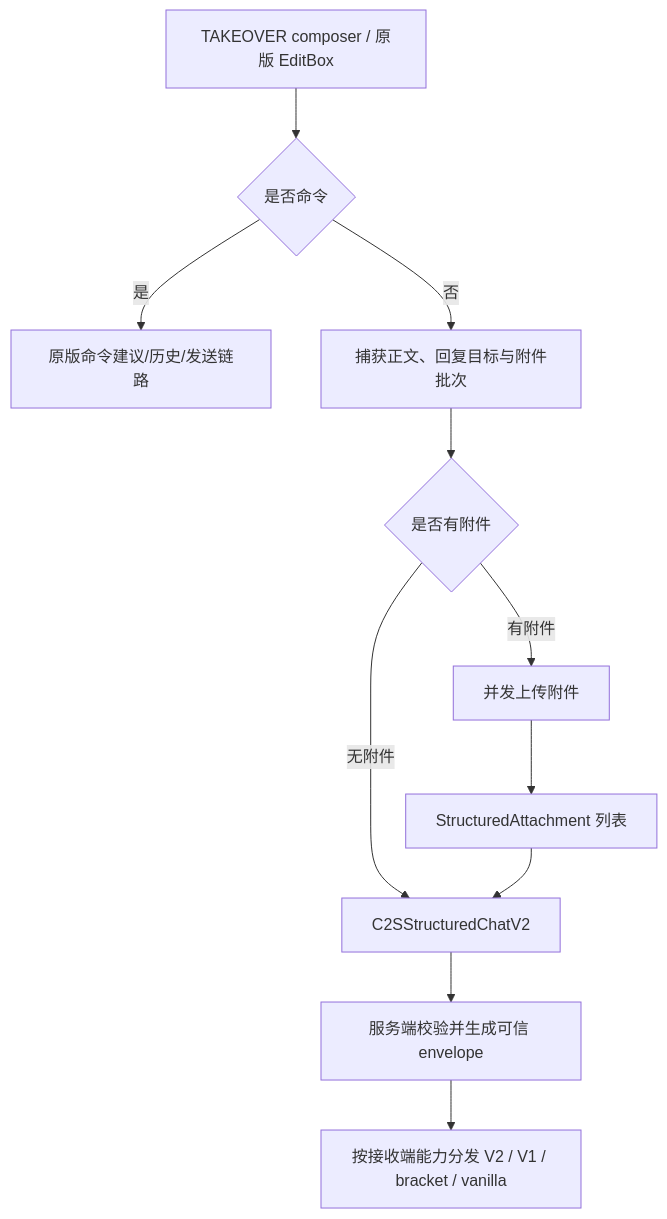
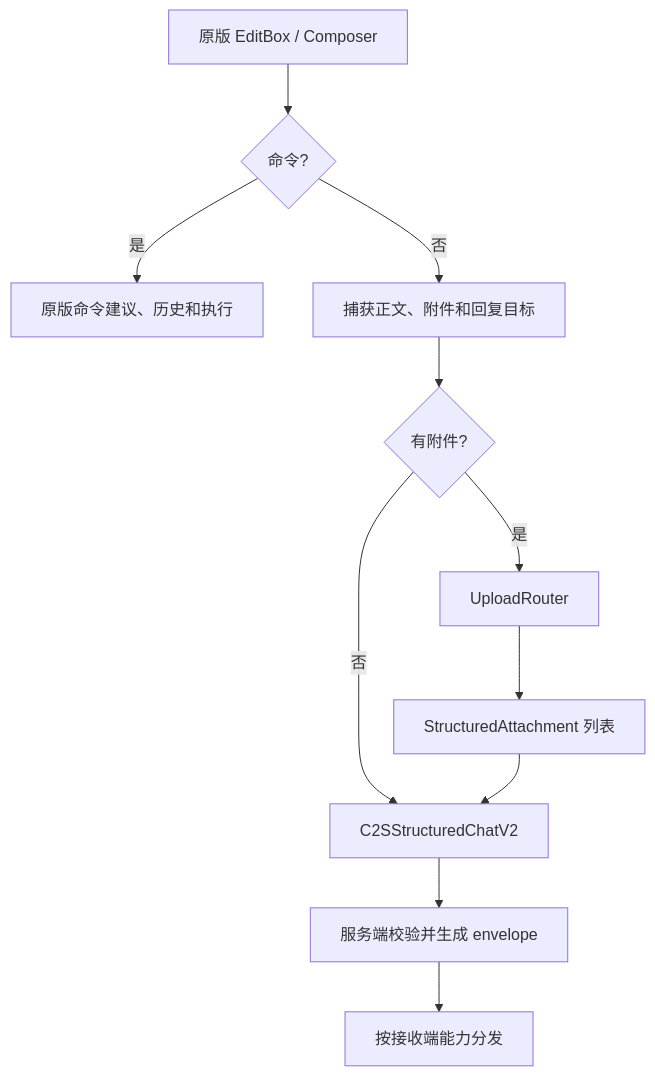
Before and after one commit to LoosePrince/chat-upgrade: the diagram in docs/chat-pipeline.md, drawn with Mermaid. The commit also changed other lines of this file and 8 other files, not shown here.

````diff
--- a/docs/chat-pipeline.md
+++ b/docs/chat-pipeline.md
@@ -29,13 +14,13 @@
 ```mermaid
 flowchart TD
-    A[TAKEOVER composer / 原版 EditBox] --> B{是否命令}
-    B -- 是 --> C[原版命令建议/历史/发送链路]
-    B -- 否 --> D[捕获正文、回复目标与附件批次]
-    D --> E{是否有附件}
-    E -- 无附件 --> F[C2SStructuredChatV2]
-    E -- 有附件 --> G[并发上传附件]
+    A[原版 EditBox / Composer] --> B{命令?}
+    B -- 是 --> C[原版命令建议、历史和执行]
+    B -- 否 --> D[捕获正文、附件和回复目标]
+    D --> E{有附件?}
+    E -- 否 --> F[C2SStructuredChatV2]
+    E -- 是 --> G[UploadRouter]
     G --> H[StructuredAttachment 列表]
     H --> F
-    F --> I[服务端校验并生成可信 envelope]
-    I --> J[按接收端能力分发 V2 / V1 / bracket / vanilla]
+    F --> I[服务端校验并生成 envelope]
+    I --> J[按接收端能力分发]
 ```
````
